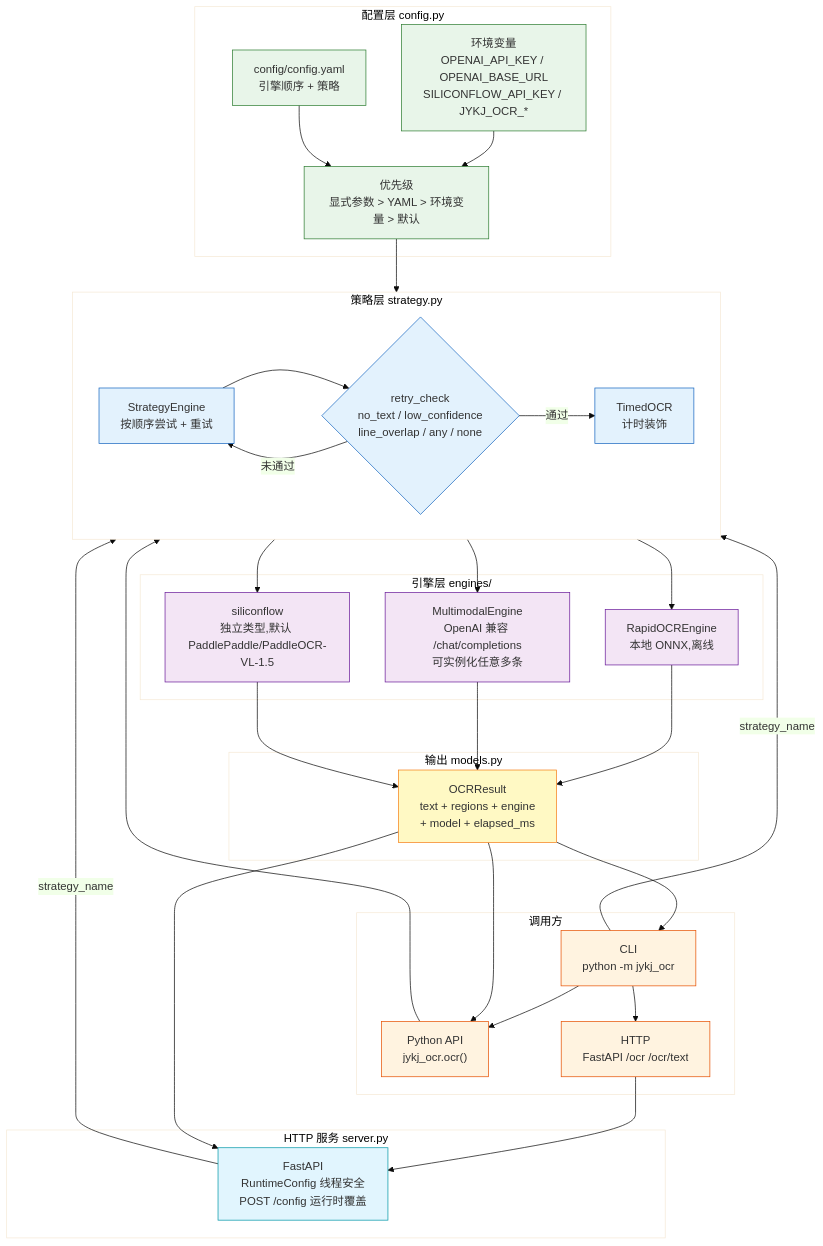
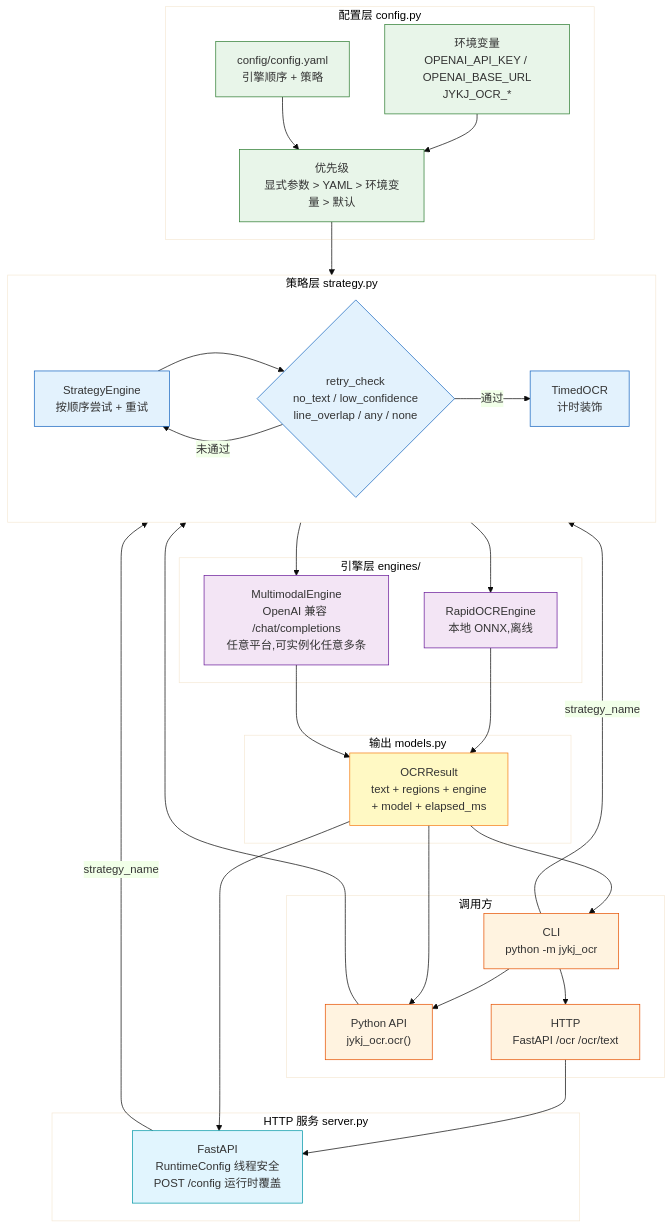
Before and after one commit to yejinlei/jykj-ocr: the first of 15 diagrams in docs/manual.md, drawn with Mermaid. The commit also changed other lines of this file and 29 other files, not shown here.

First line of the commit message:
refactor: siliconflow 彻底降级为 multimodal 的平台示例,统一到通用环境变量

````diff
--- a/docs/manual.md
+++ b/docs/manual.md
@@ -22,73 +22,69 @@
 ```mermaid
 %%{init: {"theme": "base", "themeVariables": {"primaryColor": "#e8f1ff", "fontFamily": "SimHei, Microsoft YaHei, sans-serif"}}}%%
 flowchart TB
     subgraph CLIENT["调用方"]
         CLI["CLI<br/>python -m jykj_ocr"]
         PYAPI["Python API<br/>jykj_ocr.ocr()"]
         HTTP["HTTP<br/>FastAPI /ocr /ocr/text"]
     end
 
     subgraph CONFIG["配置层 config.py"]
-        ENV["环境变量<br/>OPENAI_API_KEY / OPENAI_BASE_URL<br/>SILICONFLOW_API_KEY / JYKJ_OCR_*"]
+        ENV["环境变量<br/>OPENAI_API_KEY / OPENAI_BASE_URL<br/>JYKJ_OCR_*"]
         YAML["config/config.yaml<br/>引擎顺序 + 策略"]
         PREC["优先级<br/>显式参数 > YAML > 环境变量 > 默认"]
         ENV --> PREC
         YAML --> PREC
     end
 
     subgraph ORCH["策略层 strategy.py"]
         STRAT["StrategyEngine<br/>按顺序尝试 + 重试"]
         RETRY{"retry_check<br/>no_text / low_confidence<br/>line_overlap / any / none"}
         TIMED["TimedOCR<br/>计时装饰"]
         STRAT --> RETRY
         RETRY -->|未通过| STRAT
         RETRY -->|通过| TIMED
     end
 
     subgraph ENGINES["引擎层 engines/"]
         RAPID["RapidOCREngine<br/>本地 ONNX,离线"]
-        MULTI["MultimodalEngine<br/>OpenAI 兼容 /chat/completions<br/>可实例化任意多条"]
-        SF["siliconflow<br/>独立类型,默认 PaddlePaddle/PaddleOCR-VL-1.5"]
+        MULTI["MultimodalEngine<br/>OpenAI 兼容 /chat/completions<br/>任意平台,可实例化任意多条"]
     end
 
     subgraph OUTPUT["输出 models.py"]
         RESULT["OCRResult<br/>text + regions + engine<br/>+ model + elapsed_ms"]
     end
 
     subgraph SERVER["HTTP 服务 server.py"]
         APP["FastAPI<br/>RuntimeConfig 线程安全<br/>POST /config 运行时覆盖"]
     end
 
     CLI --> PYAPI
     CLI --> HTTP
     HTTP --> APP
     APP -->|strategy_name| ORCH
     PYAPI --> ORCH
     CLI -->|strategy_name| ORCH
     PREC --> ORCH
 
     ORCH --> RAPID
     ORCH --> MULTI
-    ORCH --> SF
-
     RAPID --> RESULT
     MULTI --> RESULT
-    SF --> RESULT
     RESULT --> APP
     RESULT --> PYAPI
     RESULT --> CLI
 
     classDef client fill:#fff3e0,stroke:#e65100
     classDef config fill:#e8f5e9,stroke:#2e7d32
     classDef orch fill:#e3f2fd,stroke:#1565c0
     classDef eng fill:#f3e5f5,stroke:#6a1b9a
     classDef output fill:#fff9c4,stroke:#f57f17
     classDef server fill:#e1f5fe,stroke:#0097a7
 
     class CLI,PYAPI,HTTP client
     class ENV,YAML,PREC config
     class STRAT,RETRY,TIMED orch
-    class RAPID,MULTI,SF eng
+    class RAPID,MULTI eng
     class RESULT output
     class APP server
 ```
````
